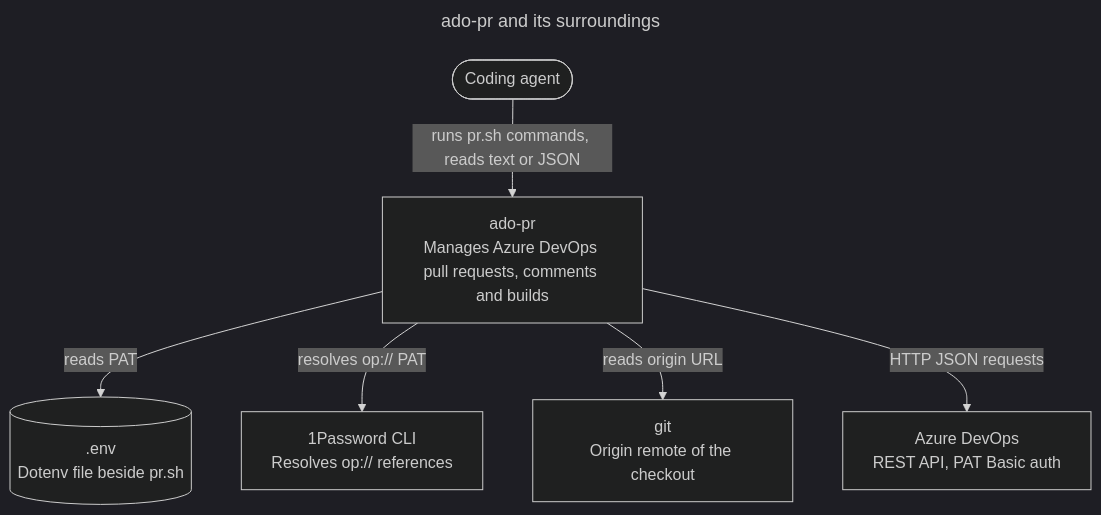
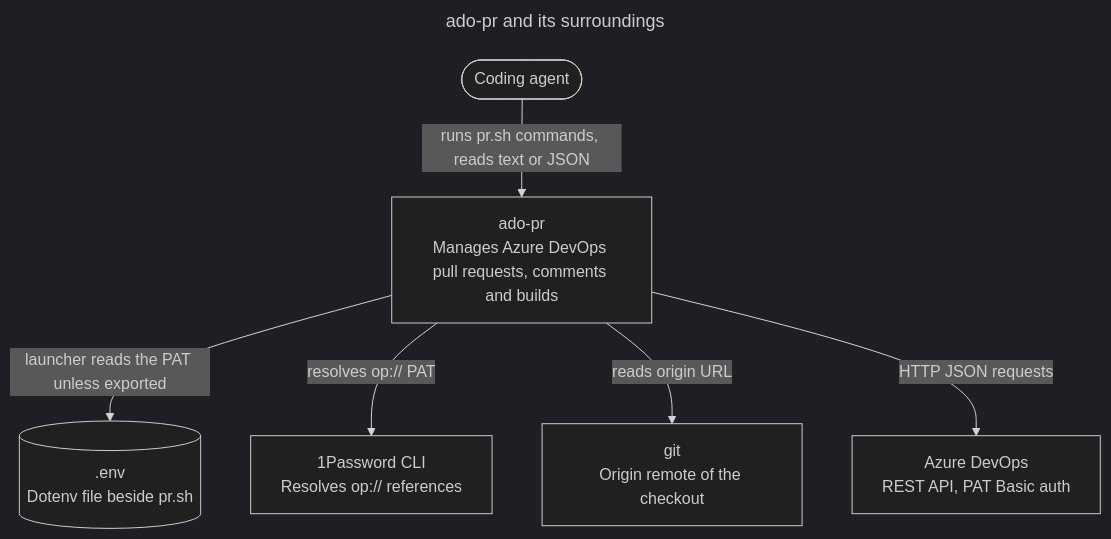
The first of 5 diagrams in docs/architecture/architecture.md (remshams/ado-pr), drawn with Mermaid (dark theme) before and after one commit. The commit also changed other lines of this file and 1 other file, not shown here.

Commit message:
docs(Architecture): match the runtime diagrams to the launcher and CLI flow

````diff
--- a/docs/architecture/architecture.md
+++ b/docs/architecture/architecture.md
@@ -33,17 +33,17 @@
 ```mermaid
 ---
 title: ado-pr and its surroundings
 ---
 flowchart TD
     agent(["Coding agent"]):::person
     adopr["ado-pr<br>Manages Azure DevOps pull requests, comments and builds"]:::system
     azure["Azure DevOps<br>REST API, PAT Basic auth"]:::external
     git["git<br>Origin remote of the checkout"]:::external
     op["1Password CLI<br>Resolves op:// references"]:::external
     env[(".env<br>Dotenv file beside pr.sh")]:::store
     agent -->|runs pr.sh commands, reads text or JSON| adopr
-    adopr -->|reads PAT| env
+    adopr -->|launcher reads the PAT unless exported| env
     adopr -->|resolves op:// PAT| op
     adopr -->|reads origin URL| git
     adopr -->|HTTP JSON requests| azure
 ```
````
